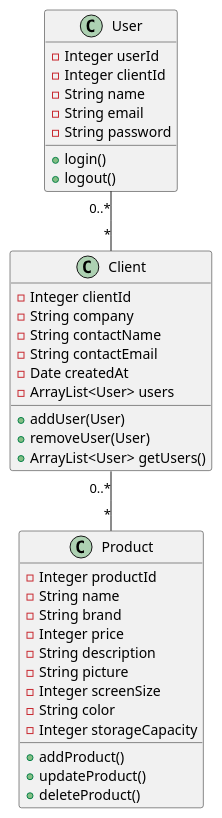
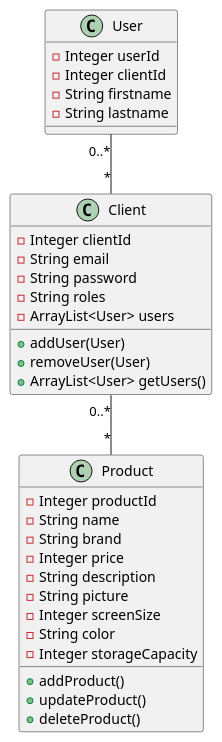
The diagram in Diagramms/Class.puml (brianthiely/bilemo-api), drawn with PlantUML before and after one commit. The commit also changed 4 other files, not shown here.

```diff
--- a/Diagramms/Class.puml
+++ b/Diagramms/Class.puml
@@ -1,50 +1,45 @@
 @startuml
 'https://plantuml.com/class-diagram
 Client "0..*" -- "*" Product
  User "0..*" -- "*" Client
 
 
 class Product {
     - Integer productId
     - String name
     - String brand
     - Integer price
     - String description
     - String picture
     - Integer screenSize
     - String color
     - Integer storageCapacity
 
     + addProduct()
     + updateProduct()
     + deleteProduct()
 }
 
 class Client {
     - Integer clientId
-    - String company
-    - String contactName
-    - String contactEmail
-    - Date createdAt
+    - String email
+    - String password
+    - String roles
     - ArrayList<User> users
 
     + addUser(User)
     + removeUser(User)
     + ArrayList<User> getUsers()
 
 
 }
 
 class User {
     - Integer userId
     - Integer clientId
-    - String name
-    - String email
-    - String password
-
-    + login()
-    + logout()
+    - String firstname
+    - String lastname
 
 }
 
 @enduml
```
